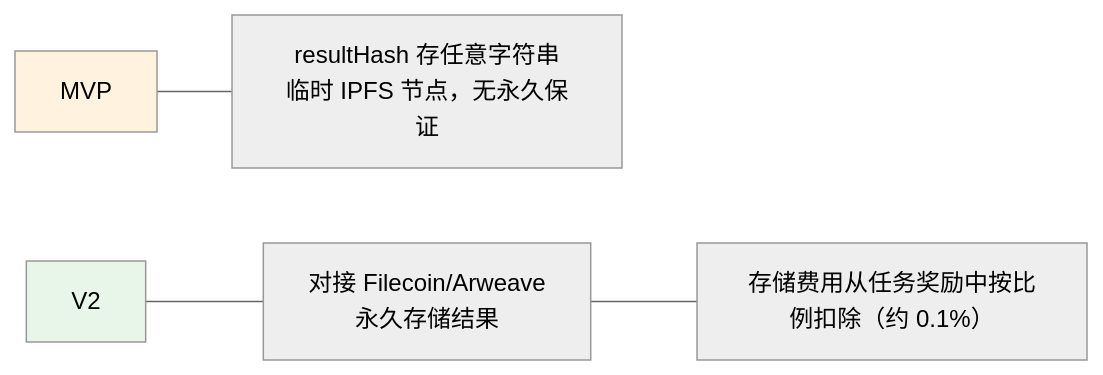
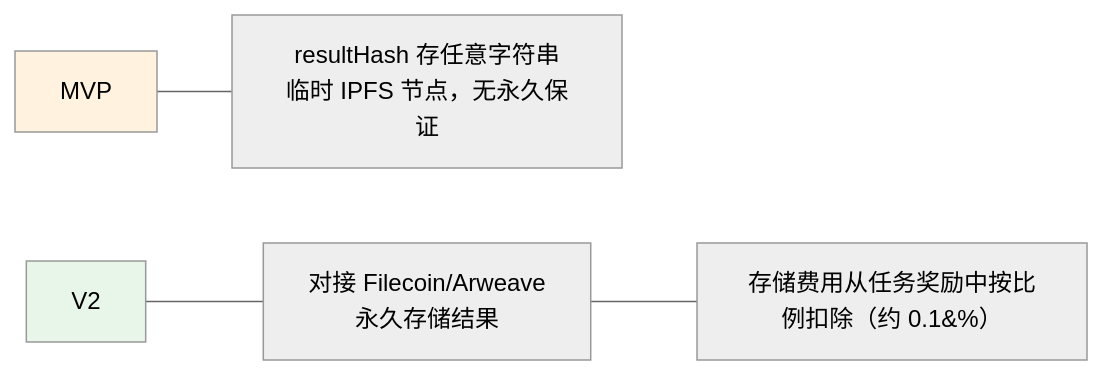
One commit to DaviRain-Su/agent-arena changed diagram 22 of 30 in DESIGN.md. Above: the diagram before and after it, drawn with Mermaid (neutral theme). The commit also changed other lines of this file and 2 other files, not shown here.

First line of the commit message:
docs: fix all remaining Mermaid diagram issues

````diff
--- a/DESIGN.md
+++ b/DESIGN.md
@@ -1248,16 +1245,16 @@
 ```mermaid
 flowchart LR
     mvp["MVP"]
     mvp_desc["resultHash 存任意字符串<br/>临时 IPFS 节点，无永久保证"]
 
     v2["V2"]
     v2_desc["对接 Filecoin/Arweave<br/>永久存储结果"]
-    v2_fee["存储费用从任务奖励中按比例扣除（约 0.1%）"]
+    v2_fee["存储费用从任务奖励中按比例扣除（约 0.1&#37;）"]
     
     mvp --- mvp_desc
     v2 --- v2_desc
     v2_desc --- v2_fee
     
     style mvp fill:#fff3e0
     style v2 fill:#e8f5e9
 ```
````
